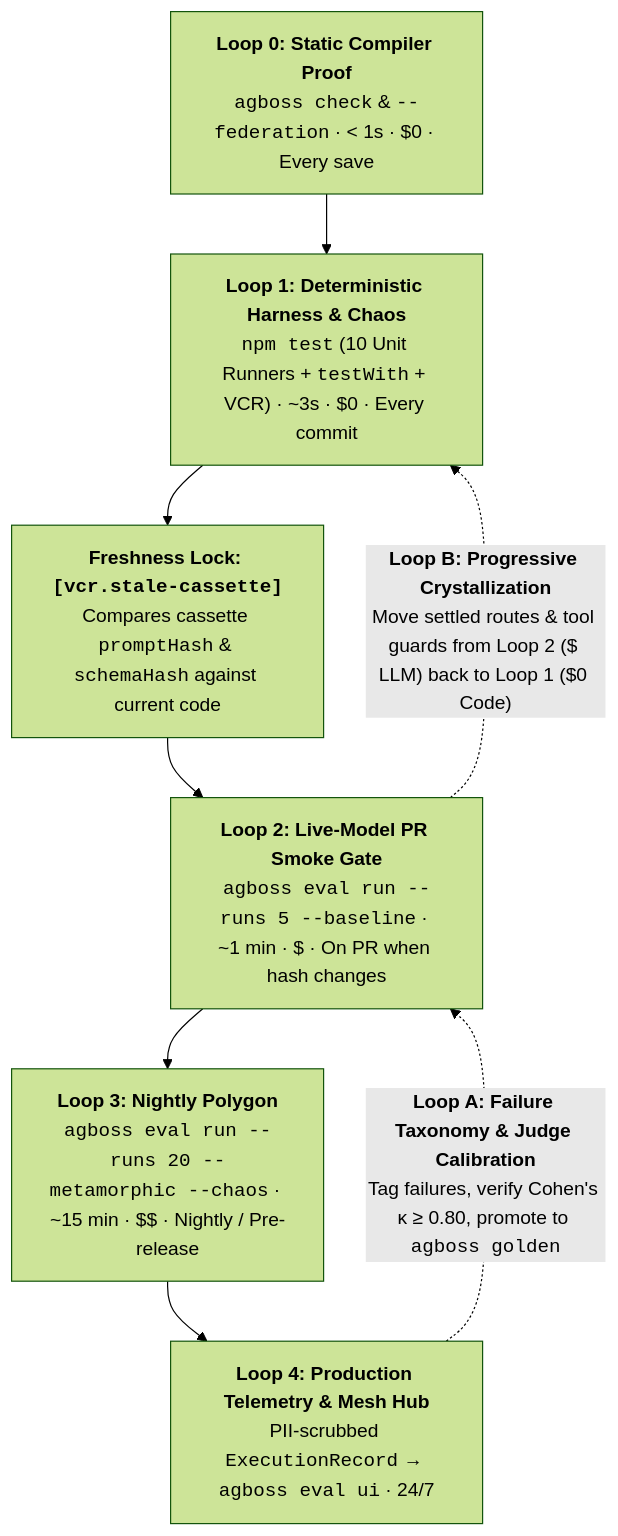
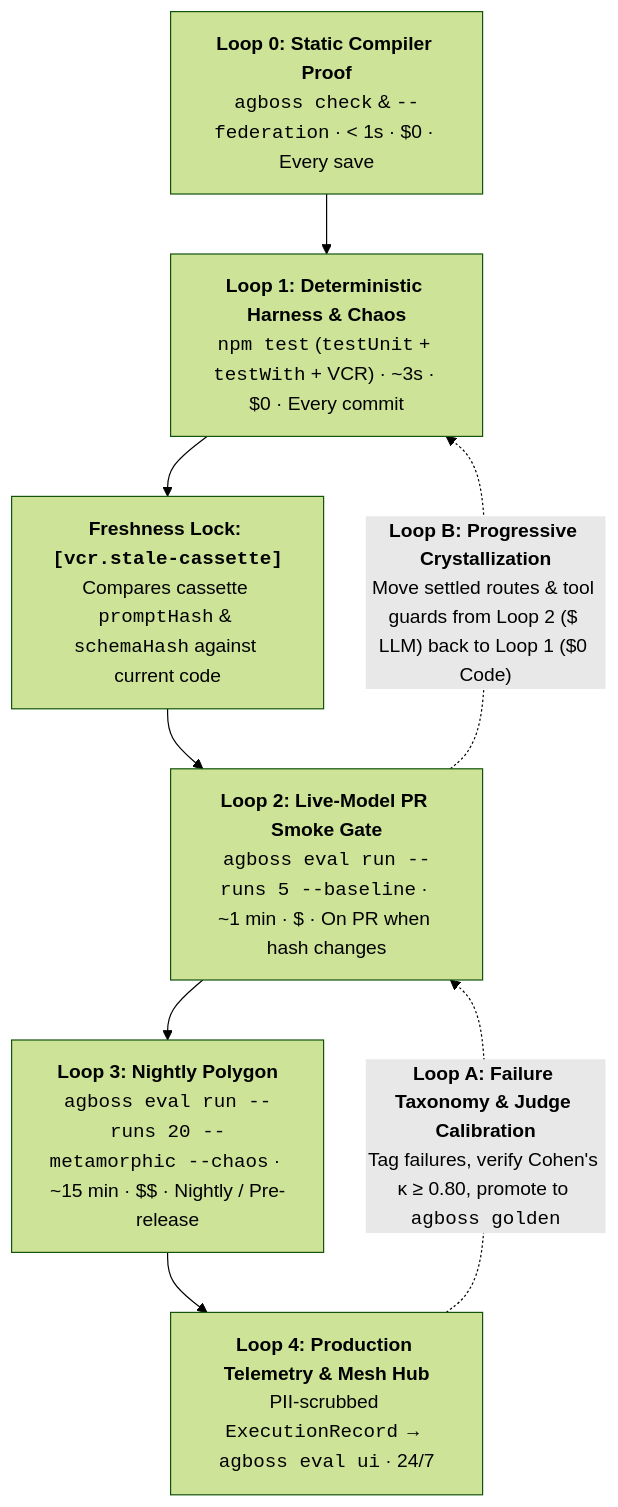
The diagram in src/content/docs/concepts/verification-funnel.md (agbossjs/agboss.dev), drawn with Mermaid (forest theme) before and after one commit. The commit also changed other lines of this file and 68 other files, not shown here.

````diff
--- a/src/content/docs/concepts/verification-funnel.md
+++ b/src/content/docs/concepts/verification-funnel.md
@@ -229,13 +256,13 @@
 ```mermaid
 flowchart TD
     L0["<b>Loop 0: Static Compiler Proof</b><br/><code>agboss check</code> &amp; <code>--federation</code> · &lt; 1s · $0 · Every save"]
-    L1["<b>Loop 1: Deterministic Harness &amp; Chaos</b><br/><code>npm test</code> (10 Unit Runners + <code>testWith</code> + VCR) · ~3s · $0 · Every commit"]
+    L1["<b>Loop 1: Deterministic Harness &amp; Chaos</b><br/><code>npm test</code> (<code>testUnit</code> + <code>testWith</code> + VCR) · ~3s · $0 · Every commit"]
     LOCK["<b>Freshness Lock: <code>[vcr.stale-cassette]</code></b><br/>Compares cassette <code>promptHash</code> &amp; <code>schemaHash</code> against current code"]
     L2["<b>Loop 2: Live-Model PR Smoke Gate</b><br/><code>agboss eval run --runs 5 --baseline</code> · ~1 min · $ · On PR when hash changes"]
     L3["<b>Loop 3: Nightly Polygon</b><br/><code>agboss eval run --runs 20 --metamorphic --chaos</code> · ~15 min · $$ · Nightly / Pre-release"]
     L4["<b>Loop 4: Production Telemetry &amp; Mesh Hub</b><br/>PII-scrubbed <code>ExecutionRecord</code> → <code>agboss eval ui</code> · 24/7"]
 
     L0 --> L1 --> LOCK --> L2 --> L3 --> L4
     L4 -. "<b>Loop A: Failure Taxonomy &amp; Judge Calibration</b><br/>Tag failures, verify Cohen's κ ≥ 0.80, promote to <code>agboss golden</code>" .-> L2
     L2 -. "<b>Loop B: Progressive Crystallization</b><br/>Move settled routes &amp; tool guards from Loop 2 ($ LLM) back to Loop 1 ($0 Code)" .-> L1
 ```
````
